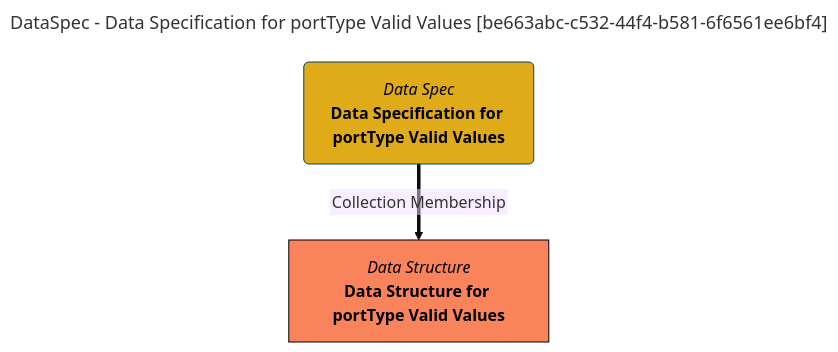
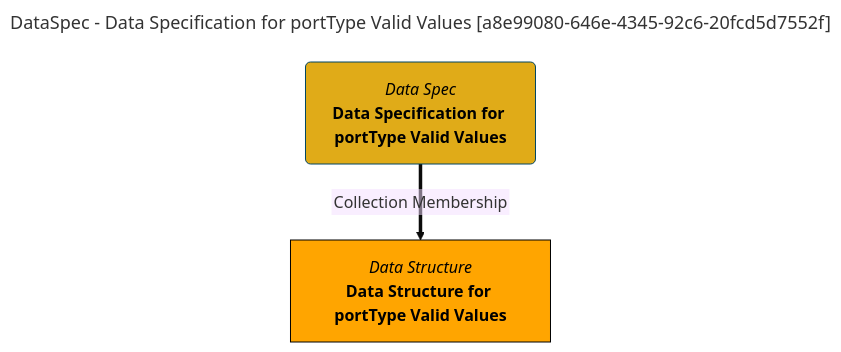
The diagram in site/snippets/collections/data-specs/data-specification-for-porttype-valid-values-mermaid-graph.md (odpi/egeria-docs), drawn with Mermaid (base theme) before and after one commit. The commit also changed 2201 other files, not shown here.

````diff
--- a/site/snippets/collections/data-specs/data-specification-for-porttype-valid-values-mermaid-graph.md
+++ b/site/snippets/collections/data-specs/data-specification-for-porttype-valid-values-mermaid-graph.md
@@ -1,15 +1,15 @@
 ```mermaid
 ---
-title: DataSpec - Data Specification for portType Valid Values [be663abc-c532-44f4-b581-6f6561ee6bf4]
+title: DataSpec - Data Specification for portType Valid Values [a8e99080-646e-4345-92c6-20fcd5d7552f]
 ---
 flowchart TD
 %%{init: {"flowchart": {"htmlLabels": false}} }%%
 
 1@{ shape: rounded, label: "*Data Spec*
 **Data Specification for portType Valid Values**"}
 2@{ shape: rect, label: "*Data Structure*
 **Data Structure for portType Valid Values**"}
 1==>|"Collection Membership"|2
 style 1 color:#000000, fill:#e0ab18, stroke:#004563
-style 2 color:#000000, fill:#f9845b, stroke:#000000
+style 2 color:#000000, fill:#FFA500, stroke:#000000
 ```
````
